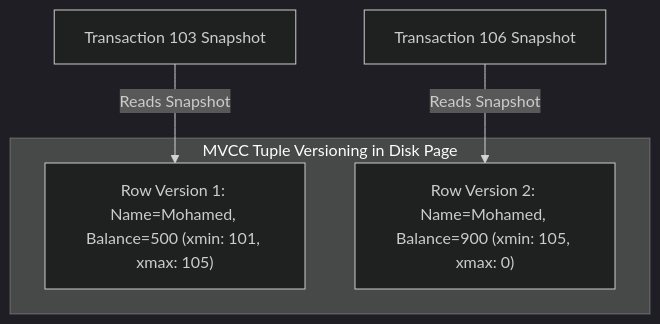
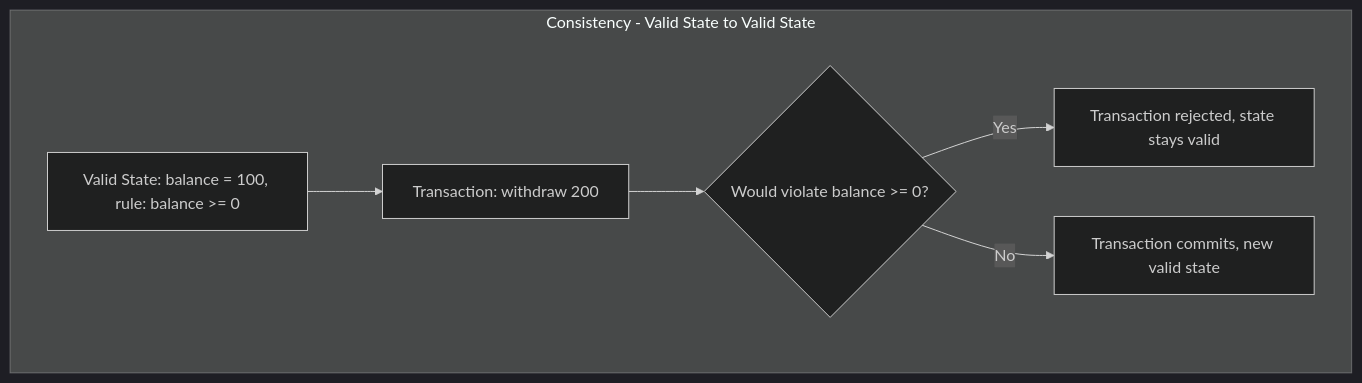
One commit to muhammad-khaled-tech/My-Study-Notes changed diagram 19 of 48 in interviews/SQL-NoSQL-Complete.md. Above: the diagram before and after it, drawn with Mermaid (dark theme). The commit also changed other lines of this file and 3 other files, not shown here.

````diff
--- a/interviews/SQL-NoSQL-Complete.md
+++ b/interviews/SQL-NoSQL-Complete.md
@@ -1663,10 +1146,9 @@
 ```mermaid
 graph TD
-    subgraph "MVCC Tuple Versioning in Disk Page"
-        A["Row Version 1: Name=Mohamed, Balance=500 (xmin: 101, xmax: 105)"]
-        B["Row Version 2: Name=Mohamed, Balance=900 (xmin: 105, xmax: 0)"]
+    subgraph "Consistency - Valid State to Valid State"
+        A["Valid State: balance = 100, rule: balance >= 0"] --> B["Transaction: withdraw 200"]
+        B --> C{"Would violate balance >= 0?"}
+        C -->|Yes| D["Transaction rejected, state stays valid"]
+        C -->|No| E["Transaction commits, new valid state"]
     end
-
-    C["Transaction 103 Snapshot"] -->|Reads Snapshot| A
-    D["Transaction 106 Snapshot"] -->|Reads Snapshot| B
 ```
````
